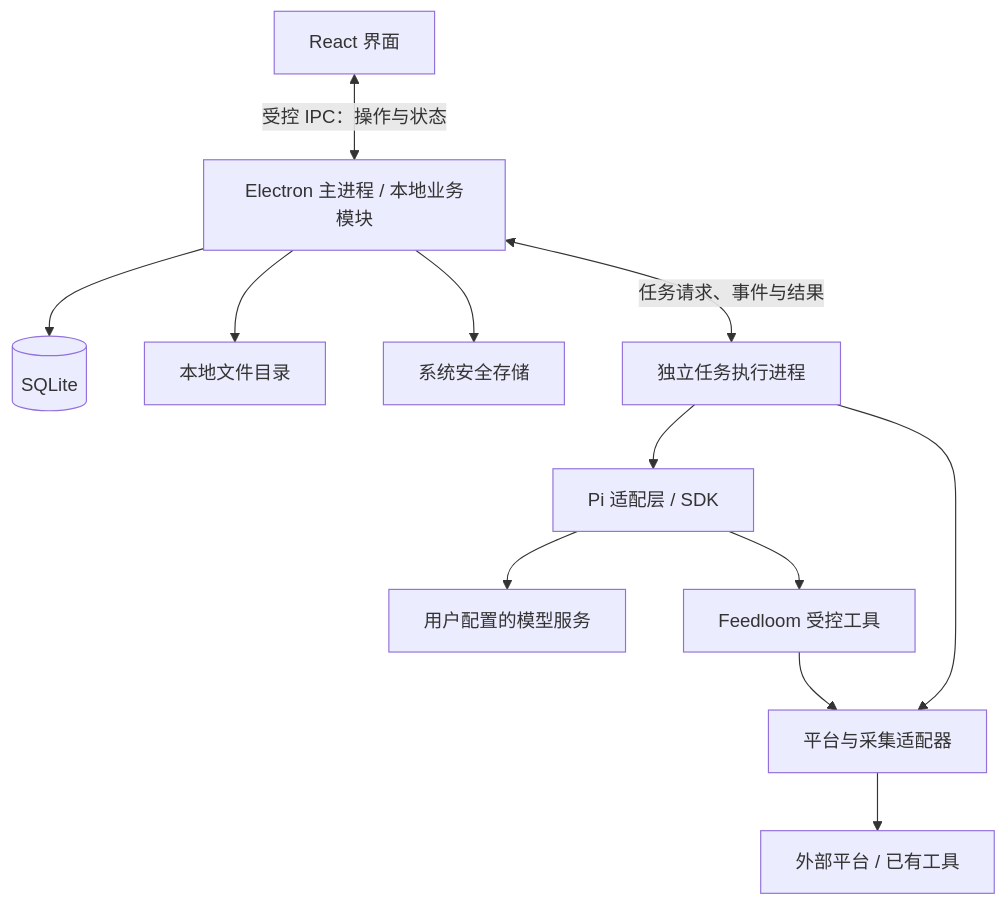
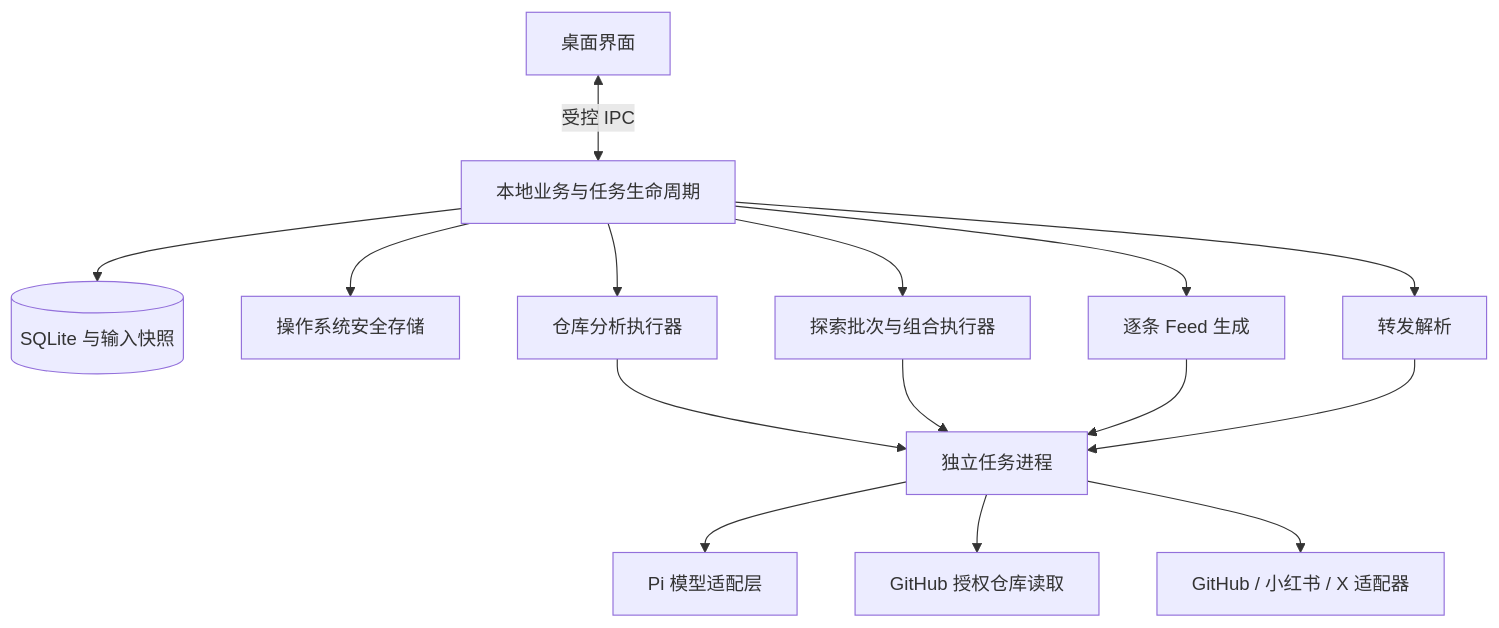
Before and after one commit to huggon1/branchout: the diagram in docs/technical-architecture.md, drawn with Mermaid. The commit also changed other lines of this file and 31 other files, not shown here.

````diff
--- a/docs/technical-architecture.md
+++ b/docs/technical-architecture.md
@@ -27,14 +25,17 @@
 ```mermaid
 flowchart TD
-    UI[React 界面] <-->|受控 IPC：操作与状态| APP[Electron 主进程 / 本地业务模块]
-    APP --> DB[(SQLite)]
-    APP --> FILES[本地文件目录]
-    APP --> SECRET[系统安全存储]
-    APP <-->|任务请求、事件与结果| WORKER[独立任务执行进程]
-    WORKER --> PI[Pi 适配层 / SDK]
-    WORKER --> SOURCE[平台与采集适配器]
-    PI --> MODEL[用户配置的模型服务]
-    PI --> TOOLS[Feedloom 受控工具]
-    TOOLS --> SOURCE
-    SOURCE --> EXTERNAL[外部平台 / 已有工具]
+    UI[桌面界面] <-->|受控 IPC| APP[本地业务与任务生命周期]
+    APP --> DB[(SQLite 与输入快照)]
+    APP --> SECRET[操作系统安全存储]
+    APP --> REVIEW[仓库分析执行器]
+    APP --> EXPLORE[探索批次与组合执行器]
+    APP --> FEED[逐条 Feed 生成]
+    APP --> INBOX[转发解析]
+    REVIEW --> WORKER[独立任务进程]
+    EXPLORE --> WORKER
+    FEED --> WORKER
+    INBOX --> WORKER
+    WORKER --> PI[Pi 模型适配层]
+    WORKER --> REPO[GitHub 授权仓库读取]
+    WORKER --> SOURCES[GitHub / 小红书 / X 适配器]
 ```
````
